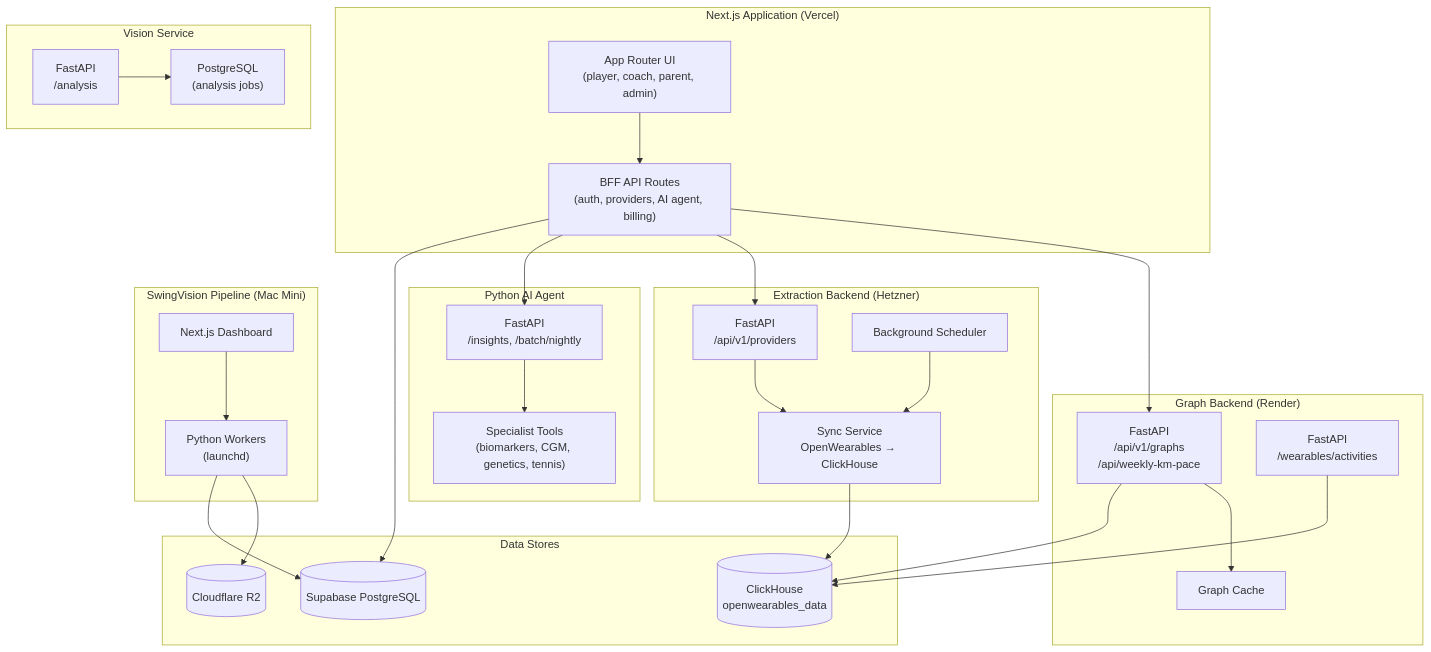
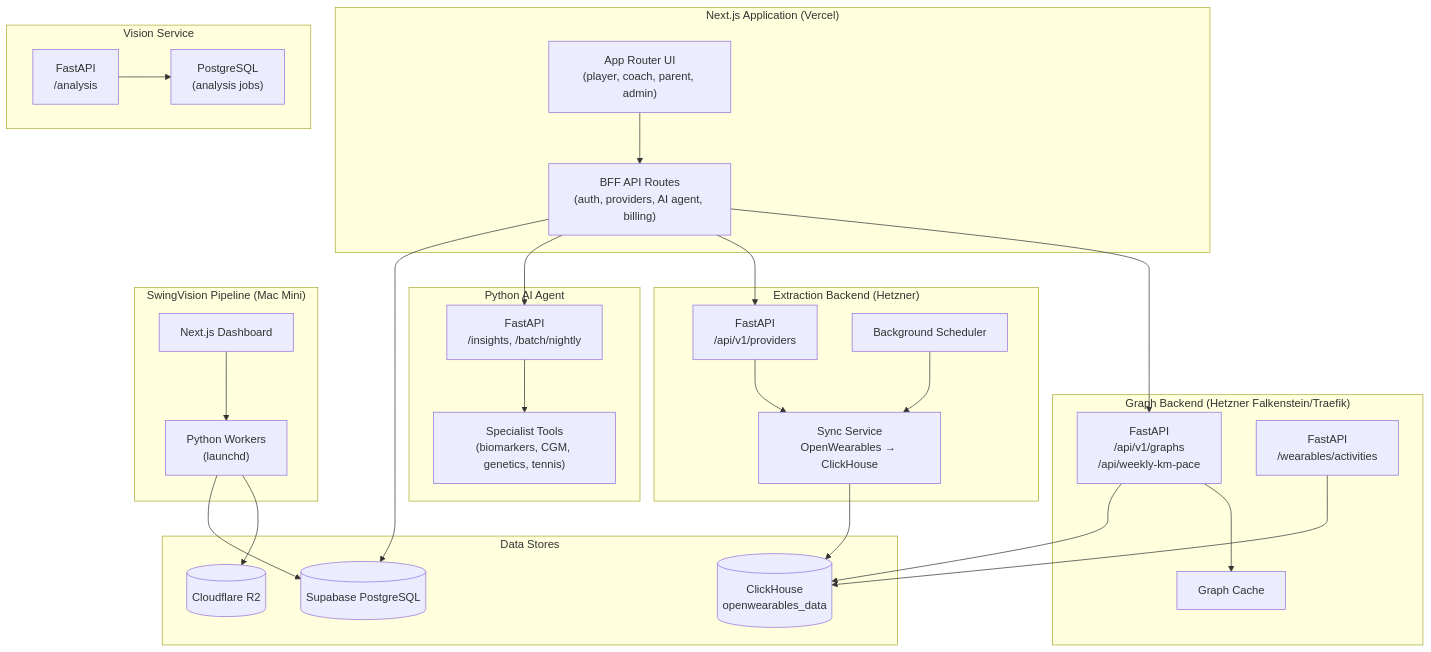
The diagram in docs/architecture/containers.md (daniellpsilva1/PeakPerformanceDataMonorepo), drawn with Mermaid before and after one commit. The commit also changed other lines of this file and 12 other files, not shown here.

````diff
--- a/docs/architecture/containers.md
+++ b/docs/architecture/containers.md
@@ -34,56 +34,56 @@
 ```mermaid
 flowchart TB
     subgraph App["Next.js Application (Vercel)"]
         BFF["BFF API Routes\n(auth, providers, AI agent, billing)"]
         UI["App Router UI\n(player, coach, parent, admin)"]
         UI --> BFF
     end
 
-    subgraph Graph["Graph Backend (Render)"]
+    subgraph Graph["Graph Backend (Hetzner Falkenstein/Traefik)"]
         GraphAPI["FastAPI\n/api/v1/graphs\n/api/weekly-km-pace"]
         WearablesAPI["FastAPI\n/wearables/activities"]
         GraphAPI --> GraphCache["Graph Cache"]
     end
 
     subgraph Extraction["Extraction Backend (Hetzner)"]
         ExtAPI["FastAPI\n/api/v1/providers"]
         Sync["Sync Service\nOpenWearables → ClickHouse"]
         Scheduler["Background Scheduler"]
         ExtAPI --> Sync
         Scheduler --> Sync
     end
 
     subgraph Agent["Python AI Agent"]
         AgentAPI["FastAPI\n/insights, /batch/nightly"]
         Tools["Specialist Tools\n(biomarkers, CGM, genetics, tennis)"]
         AgentAPI --> Tools
     end
 
     subgraph Vision["Vision Service"]
         VisionAPI["FastAPI\n/analysis"]
         VisionDB["PostgreSQL\n(analysis jobs)"]
         VisionAPI --> VisionDB
     end
 
     subgraph SwingVision["SwingVision Pipeline (Mac Mini)"]
         Dashboard["Next.js Dashboard"]
         Workers["Python Workers\n(launchd)"]
         Dashboard --> Workers
     end
 
     subgraph Stores["Data Stores"]
         Supabase[(Supabase PostgreSQL)]
         CH[(ClickHouse\nopenwearables_data)]
         R2[(Cloudflare R2)]
     end
 
     BFF --> GraphAPI
     BFF --> ExtAPI
     BFF --> AgentAPI
     BFF --> Supabase
     GraphAPI --> CH
     WearablesAPI --> CH
     Sync --> CH
     Workers --> R2
     Workers --> Supabase
 ```
````
